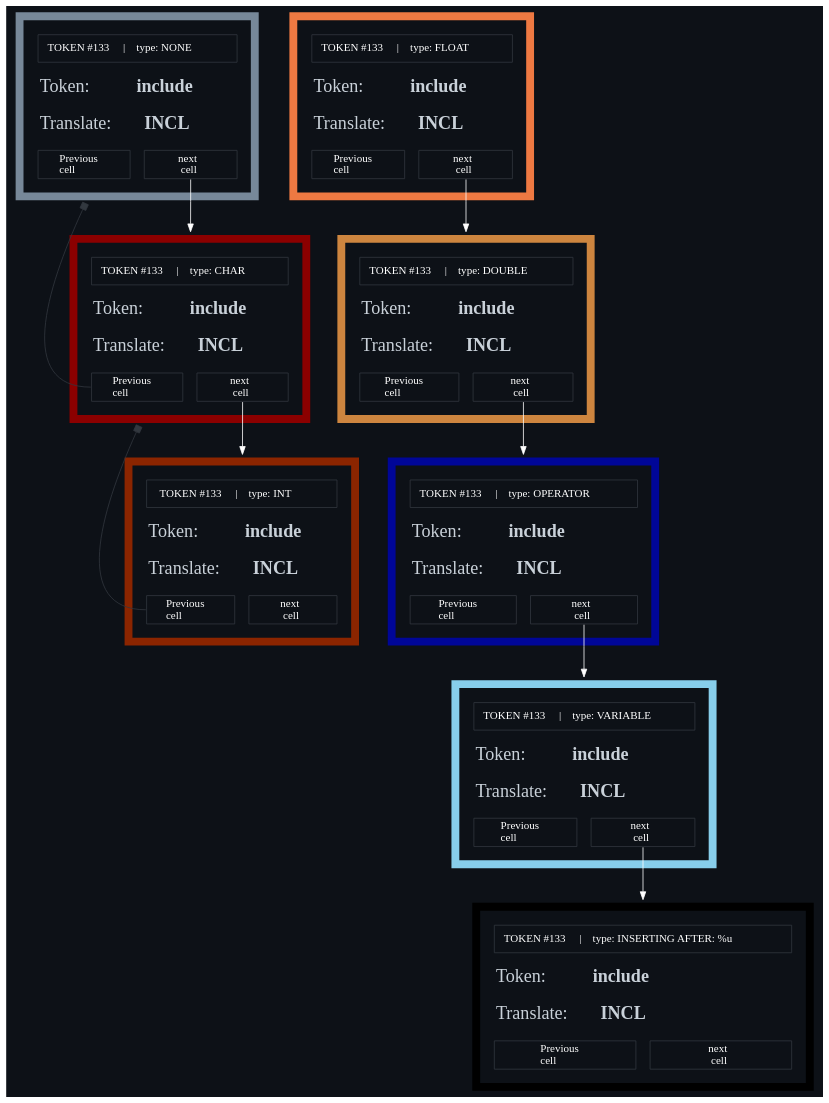
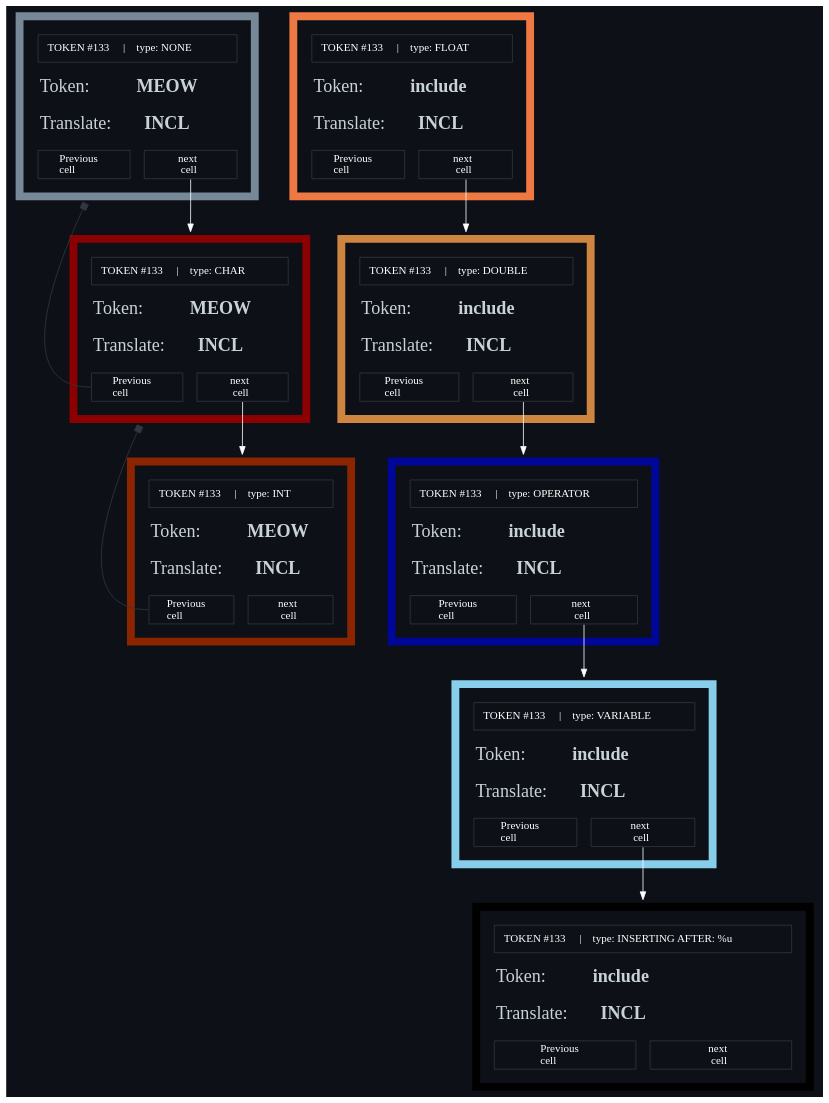
One commit to Mchl-krpch/doubly-linked-list changed the diagram in viz/ir-tokens.dot. Above: the diagram before and after it, drawn with Graphviz. The commit also changed 2 other files, not shown here.

```diff
--- a/viz/ir-tokens.dot
+++ b/viz/ir-tokens.dot
@@ -1,89 +1,89 @@
 digraph G {
 	bgcolor="#0D1117"
 
 	# the design of the nodes themselves
 	L0 [shape=none label = <<table cellborder="0" cellspacing="18" bgcolor="#0D1117" border="10" color="lightslategrey">
 		<tr><td colspan="2" width="80px" height="35px" color="#32383F" border="1">		<font color="white">TOKEN #133     |    type: NONE</font></td></tr>
-		<tr><td align="left" colspan="2">		<font point-size="23" color="#C9D1D9">Token:      <b>include</b></font></td></tr>
+		<tr><td align="left" colspan="2">		<font point-size="23" color="#C9D1D9">Token:      <b>MEOW</b></font></td></tr>
 		<tr><td align="left" colspan="2">		<font point-size="23" color="#C9D1D9">Translate:  <b>INCL</b></font><br align="left"/></td></tr>
 		<tr><td PORT="p0" width="80px" border="1" color="#32383F"><font color ="white">Previous<br align="left"/>cell<br align="left"/></font></td>
 				<td PORT="n0" width="80px" border="1" color="#32383F">		<font color ="white">next<br/>cell</font></td></tr>
 				</table>>];
 
 
 	L1 [shape=none label = <<table cellborder="0" cellspacing="18" bgcolor="#0D1117" border="10" color="red4">
 		<tr><td colspan="2" width="80px" height="35px" color="#32383F" border="1">		<font color="white">TOKEN #133     |    type: CHAR</font></td></tr>
-		<tr><td align="left" colspan="2">		<font point-size="23" color="#C9D1D9">Token:      <b>include</b></font></td></tr>
+		<tr><td align="left" colspan="2">		<font point-size="23" color="#C9D1D9">Token:      <b>MEOW</b></font></td></tr>
 		<tr><td align="left" colspan="2">		<font point-size="23" color="#C9D1D9">Translate:  <b>INCL</b></font><br align="left"/></td></tr>
 		<tr><td PORT="p1" width="80px" border="1" color="#32383F"><font color ="white">Previous<br align="left"/>cell<br align="left"/></font></td>
 				<td PORT="n1" width="80px" border="1" color="#32383F">		<font color ="white">next<br/>cell</font></td></tr>
 				</table>>];
 
 
 	L2 [shape=none label = <<table cellborder="0" cellspacing="18" bgcolor="#0D1117" border="10" color="orangered4">
 		<tr><td colspan="2" width="80px" height="35px" color="#32383F" border="1">		<font color="white">TOKEN #133     |    type: INT</font></td></tr>
-		<tr><td align="left" colspan="2">		<font point-size="23" color="#C9D1D9">Token:      <b>include</b></font></td></tr>
+		<tr><td align="left" colspan="2">		<font point-size="23" color="#C9D1D9">Token:      <b>MEOW</b></font></td></tr>
 		<tr><td align="left" colspan="2">		<font point-size="23" color="#C9D1D9">Translate:  <b>INCL</b></font><br align="left"/></td></tr>
 		<tr><td PORT="p2" width="80px" border="1" color="#32383F"><font color ="white">Previous<br align="left"/>cell<br align="left"/></font></td>
 				<td PORT="n2" width="80px" border="1" color="#32383F">		<font color ="white">next<br/>cell</font></td></tr>
 				</table>>];
 
 
 	L3 [shape=none label = <<table cellborder="0" cellspacing="18" bgcolor="#0D1117" border="10" color="sienna2">
 		<tr><td colspan="2" width="80px" height="35px" color="#32383F" border="1">		<font color="white">TOKEN #133     |    type: FLOAT</font></td></tr>
 		<tr><td align="left" colspan="2">		<font point-size="23" color="#C9D1D9">Token:      <b>include</b></font></td></tr>
 		<tr><td align="left" colspan="2">		<font point-size="23" color="#C9D1D9">Translate:  <b>INCL</b></font><br align="left"/></td></tr>
 		<tr><td PORT="p3" width="80px" border="1" color="#32383F"><font color ="white">Previous<br align="left"/>cell<br align="left"/></font></td>
 				<td PORT="n3" width="80px" border="1" color="#32383F">		<font color ="white">next<br/>cell</font></td></tr>
 				</table>>];
 
 
 	L4 [shape=none label = <<table cellborder="0" cellspacing="18" bgcolor="#0D1117" border="10" color="peru">
 		<tr><td colspan="2" width="80px" height="35px" color="#32383F" border="1">		<font color="white">TOKEN #133     |    type: DOUBLE</font></td></tr>
 		<tr><td align="left" colspan="2">		<font point-size="23" color="#C9D1D9">Token:      <b>include</b></font></td></tr>
 		<tr><td align="left" colspan="2">		<font point-size="23" color="#C9D1D9">Translate:  <b>INCL</b></font><br align="left"/></td></tr>
 		<tr><td PORT="p4" width="80px" border="1" color="#32383F"><font color ="white">Previous<br align="left"/>cell<br align="left"/></font></td>
 				<td PORT="n4" width="80px" border="1" color="#32383F">		<font color ="white">next<br/>cell</font></td></tr>
 				</table>>];
 
 
 	L5 [shape=none label = <<table cellborder="0" cellspacing="18" bgcolor="#0D1117" border="10" color="#000697">
 		<tr><td colspan="2" width="80px" height="35px" color="#32383F" border="1">		<font color="white">TOKEN #133     |    type: OPERATOR</font></td></tr>
 		<tr><td align="left" colspan="2">		<font point-size="23" color="#C9D1D9">Token:      <b>include</b></font></td></tr>
 		<tr><td align="left" colspan="2">		<font point-size="23" color="#C9D1D9">Translate:  <b>INCL</b></font><br align="left"/></td></tr>
 		<tr><td PORT="p5" width="80px" border="1" color="#32383F"><font color ="white">Previous<br align="left"/>cell<br align="left"/></font></td>
 				<td PORT="n5" width="80px" border="1" color="#32383F">		<font color ="white">next<br/>cell</font></td></tr>
 				</table>>];
 
 
 	L6 [shape=none label = <<table cellborder="0" cellspacing="18" bgcolor="#0D1117" border="10" color="skyblue">
 		<tr><td colspan="2" width="80px" height="35px" color="#32383F" border="1">		<font color="white">TOKEN #133     |    type: VARIABLE</font></td></tr>
 		<tr><td align="left" colspan="2">		<font point-size="23" color="#C9D1D9">Token:      <b>include</b></font></td></tr>
 		<tr><td align="left" colspan="2">		<font point-size="23" color="#C9D1D9">Translate:  <b>INCL</b></font><br align="left"/></td></tr>
 		<tr><td PORT="p6" width="80px" border="1" color="#32383F"><font color ="white">Previous<br align="left"/>cell<br align="left"/></font></td>
 				<td PORT="n6" width="80px" border="1" color="#32383F">		<font color ="white">next<br/>cell</font></td></tr>
 				</table>>];
 
 
 	L7 [shape=none label = <<table cellborder="0" cellspacing="18" bgcolor="#0D1117" border="10" color="">
 		<tr><td colspan="2" width="80px" height="35px" color="#32383F" border="1">		<font color="white">TOKEN #133     |    type: 
 
 INSERTING AFTER: %u
 </font></td></tr>
 		<tr><td align="left" colspan="2">		<font point-size="23" color="#C9D1D9">Token:      <b>include</b></font></td></tr>
 		<tr><td align="left" colspan="2">		<font point-size="23" color="#C9D1D9">Translate:  <b>INCL</b></font><br align="left"/></td></tr>
 		<tr><td PORT="p7" width="80px" border="1" color="#32383F"><font color ="white">Previous<br align="left"/>cell<br align="left"/></font></td>
 				<td PORT="n7" width="80px" border="1" color="#32383F">		<font color ="white">next<br/>cell</font></td></tr>
 				</table>>];
 
 
 	# connection of these nodes
 	L0:"n0" -> L1[color="white"];
 	L1:"n1" -> L2[color="white"];
 	L1:"p1" -> L0[color="#32383F" arrowhead = box];
 	L2:"p2" -> L1[color="#32383F" arrowhead = box];
 	L3:"n3" -> L4[color="white"];
 	L4:"n4" -> L5[color="white"];
 	L5:"n5" -> L6[color="white"];
 	L6:"n6" -> L7[color="white"];
 }
```
